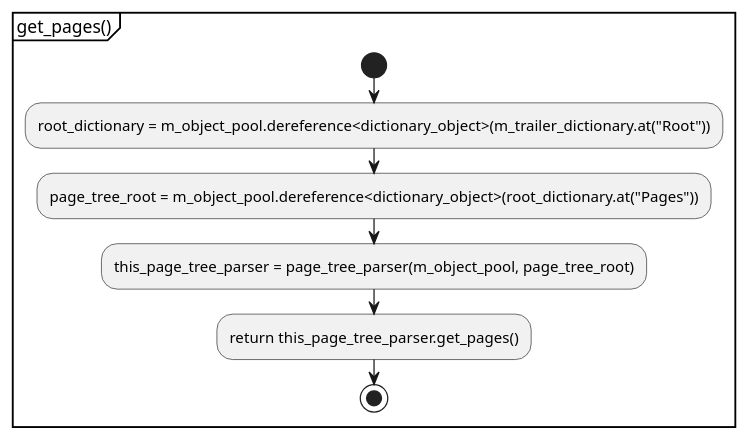
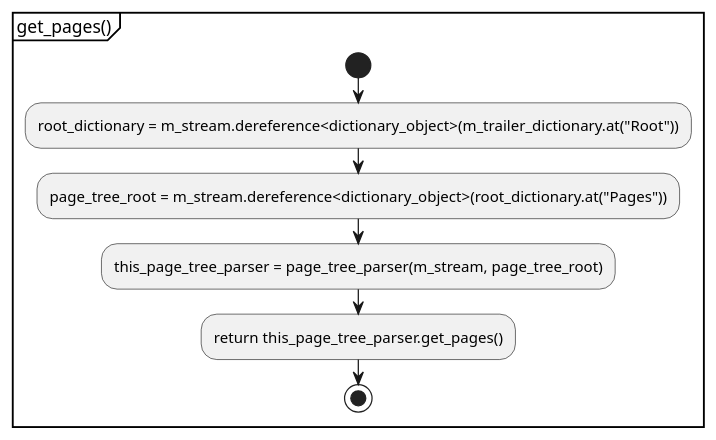
Before and after one commit to KodaiYM/PDFReader: the second of 2 diagrams in document/document_reader/document_reader.activity.pu, drawn with PlantUML. The commit also changed other lines of this file and 38 other files, not shown here.

Commit message:
object_pool 周りの依存関係の修正

```diff
--- a/document/document_reader/document_reader.activity.pu
+++ b/document/document_reader/document_reader.activity.pu
@@ -11,10 +10,10 @@
 @startuml get_pages
 partition "get_pages()" {
 start
-	:root_dictionary = m_object_pool.dereference<dictionary_object>(m_trailer_dictionary.at("Root"));
-	:page_tree_root = m_object_pool.dereference<dictionary_object>(root_dictionary.at("Pages"));
-	:this_page_tree_parser = page_tree_parser(m_object_pool, page_tree_root);
+	:root_dictionary = m_stream.dereference<dictionary_object>(m_trailer_dictionary.at("Root"));
+	:page_tree_root = m_stream.dereference<dictionary_object>(root_dictionary.at("Pages"));
+	:this_page_tree_parser = page_tree_parser(m_stream, page_tree_root);
 	:return this_page_tree_parser.get_pages();
 stop
 }
 @enduml
```
